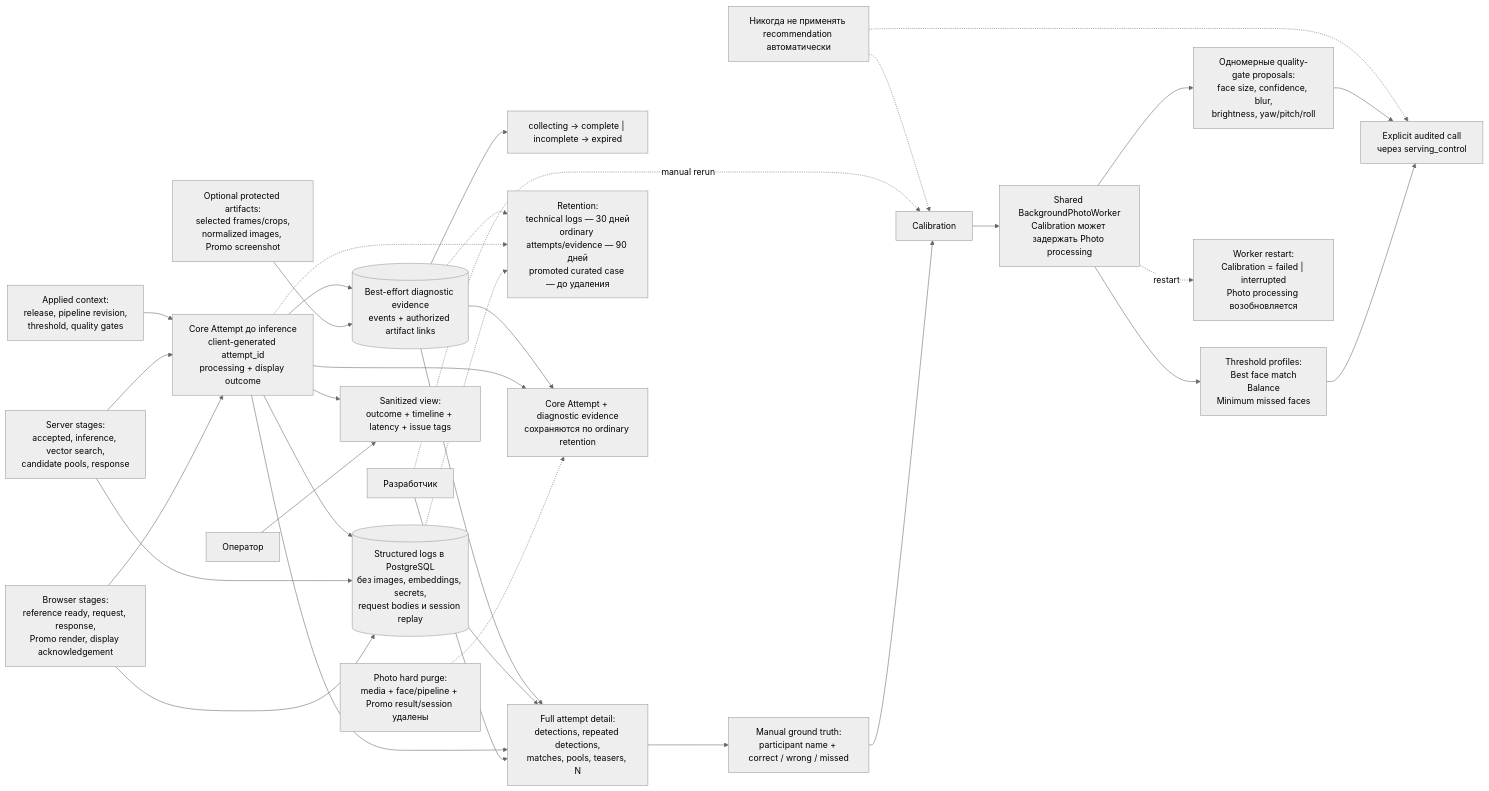
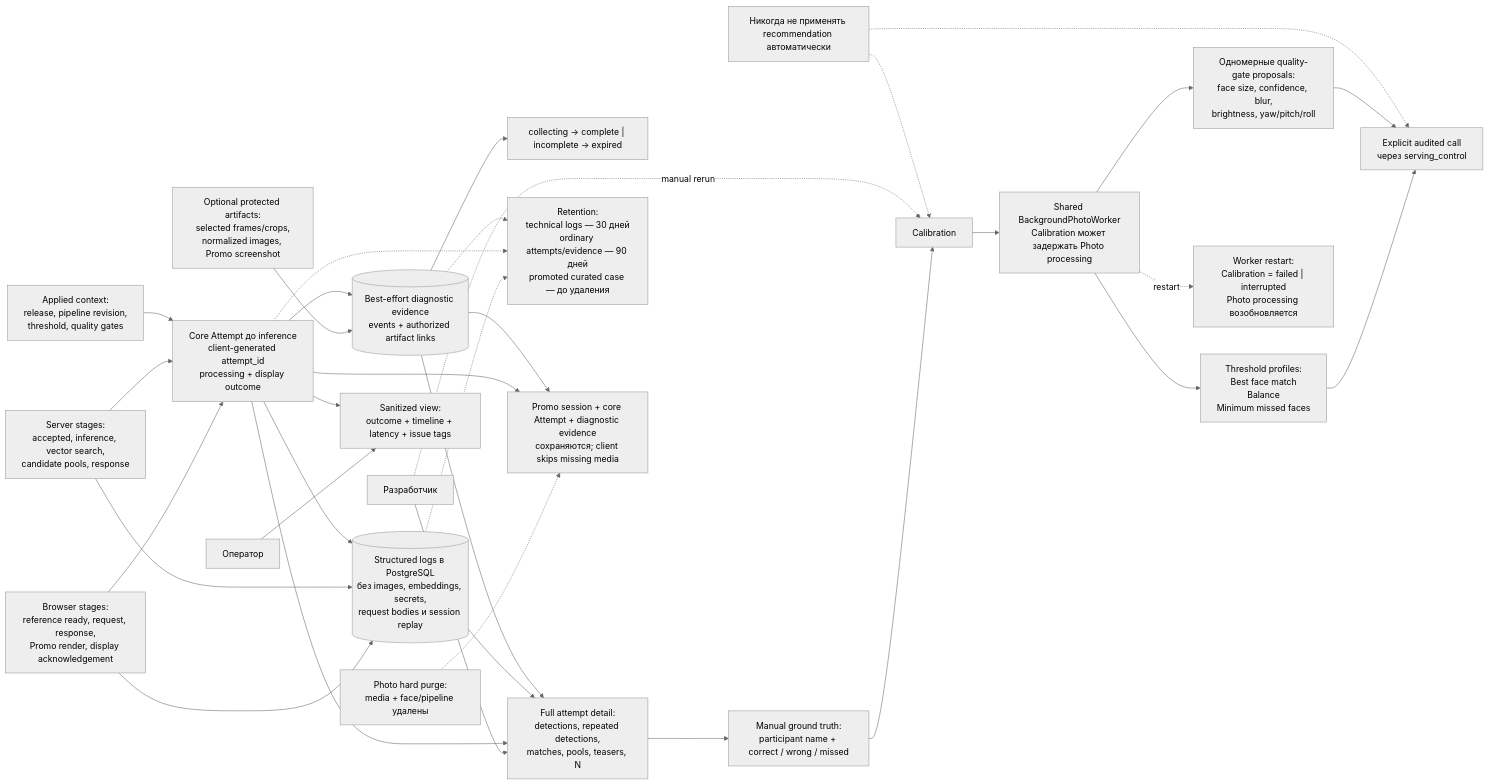
Before and after one commit to nicelight/face_moment: the diagram in mermaids/06-diagnostics-and-calibration.md, drawn with Mermaid (neutral theme). The commit also changed other lines of this file and 40 other files, not shown here.

````diff
--- a/mermaids/06-diagnostics-and-calibration.md
+++ b/mermaids/06-diagnostics-and-calibration.md
@@ -7,64 +7,64 @@
 ```mermaid
 flowchart LR
     browser["Browser stages:<br/>reference ready, request, response,<br/>Promo render, display acknowledgement"]
     server["Server stages:<br/>accepted, inference, vector search,<br/>candidate pools, response"]
     config["Applied context:<br/>release, pipeline revision,<br/>threshold, quality gates"]
     artifacts["Optional protected artifacts:<br/>selected frames/crops,<br/>normalized images, Promo screenshot"]
 
     attempt["Core Attempt до inference<br/>client-generated attempt_id<br/>processing + display outcome"]
     logs[("Structured logs в PostgreSQL<br/>без images, embeddings, secrets,<br/>request bodies и session replay")]
     evidence[("Best-effort diagnostic evidence<br/>events + authorized artifact links")]
     evidence_state["collecting → complete | incomplete → expired"]
 
     operator["Оператор"]
     developer["Разработчик"]
     sanitized["Sanitized view:<br/>outcome + timeline + latency + issue tags"]
     detail["Full attempt detail:<br/>detections, repeated detections,<br/>matches, pools, teasers, N"]
     annotation["Manual ground truth:<br/>participant name + correct / wrong / missed"]
     calibration["Calibration"]
 
     profiles["Threshold profiles:<br/>Best face match<br/>Balance<br/>Minimum missed faces"]
     gates["Одномерные quality-gate proposals:<br/>face size, confidence, blur,<br/>brightness, yaw/pitch/roll"]
     worker["Shared BackgroundPhotoWorker<br/>Calibration может задержать Photo processing"]
     interrupted["Worker restart:<br/>Calibration = failed | interrupted<br/>Photo processing возобновляется"]
     manual["Explicit audited call<br/>через serving_control"]
 
     browser --> attempt
     server --> attempt
     config --> attempt
     browser --> logs
     server --> logs
     artifacts --> evidence
     attempt --> logs
     attempt --> evidence
     evidence --> evidence_state
 
     operator --> sanitized
     attempt --> sanitized
 
     developer --> detail
     attempt --> detail
     logs --> detail
     evidence --> detail
     detail --> annotation --> calibration
     calibration --> worker
     worker --> profiles --> manual
     worker --> gates --> manual
     worker -. "restart" .-> interrupted
     developer -. "manual rerun" .-> calibration
 
     retention["Retention:<br/>technical logs — 30 дней<br/>ordinary attempts/evidence — 90 дней<br/>promoted curated case — до удаления"]
     logs -.-> retention
     attempt -.-> retention
     evidence -.-> retention
 
     prohibition["Никогда не применять recommendation автоматически"]
     prohibition -.-> calibration
     prohibition -.-> manual
 
-    hard_purge["Photo hard purge:<br/>media + face/pipeline + Promo result/session удалены"]
-    preserved["Core Attempt + diagnostic evidence<br/>сохраняются по ordinary retention"]
+    hard_purge["Photo hard purge:<br/>media + face/pipeline удалены"]
+    preserved["Promo session + core Attempt + diagnostic evidence<br/>сохраняются; client skips missing media"]
     hard_purge -.-> preserved
     attempt --> preserved
     evidence --> preserved
 ```
````
